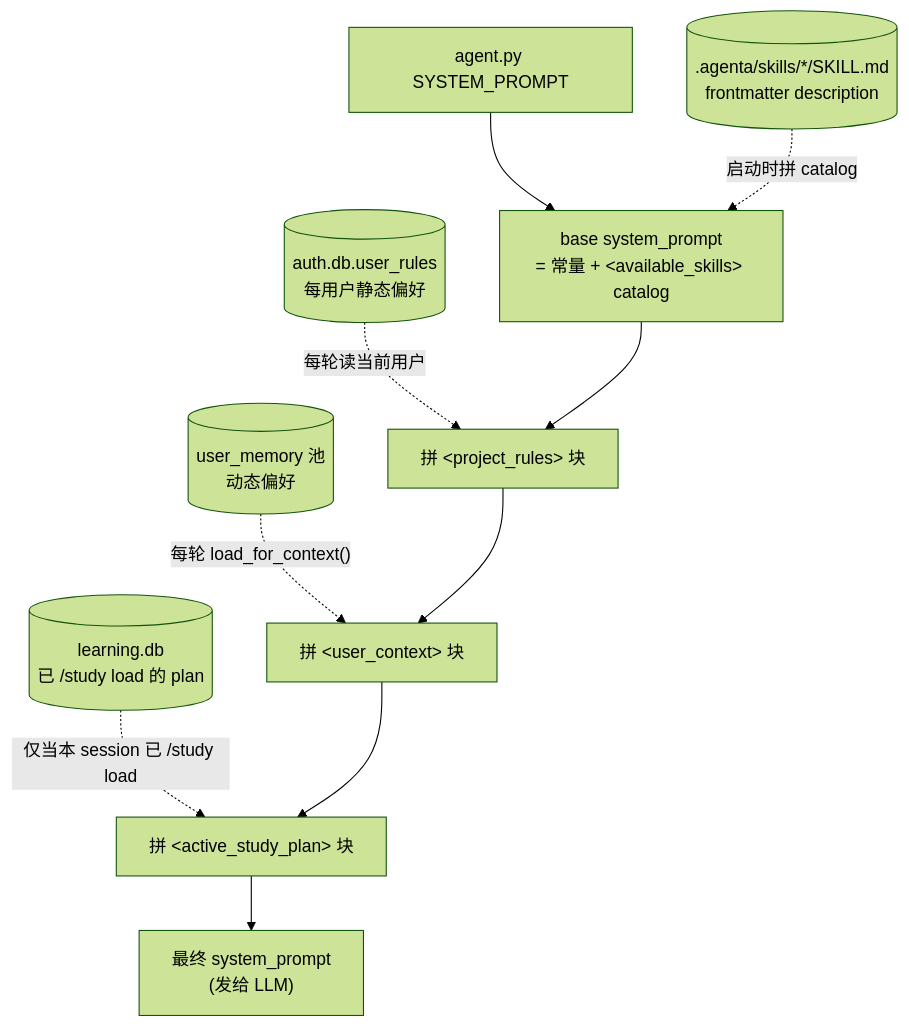
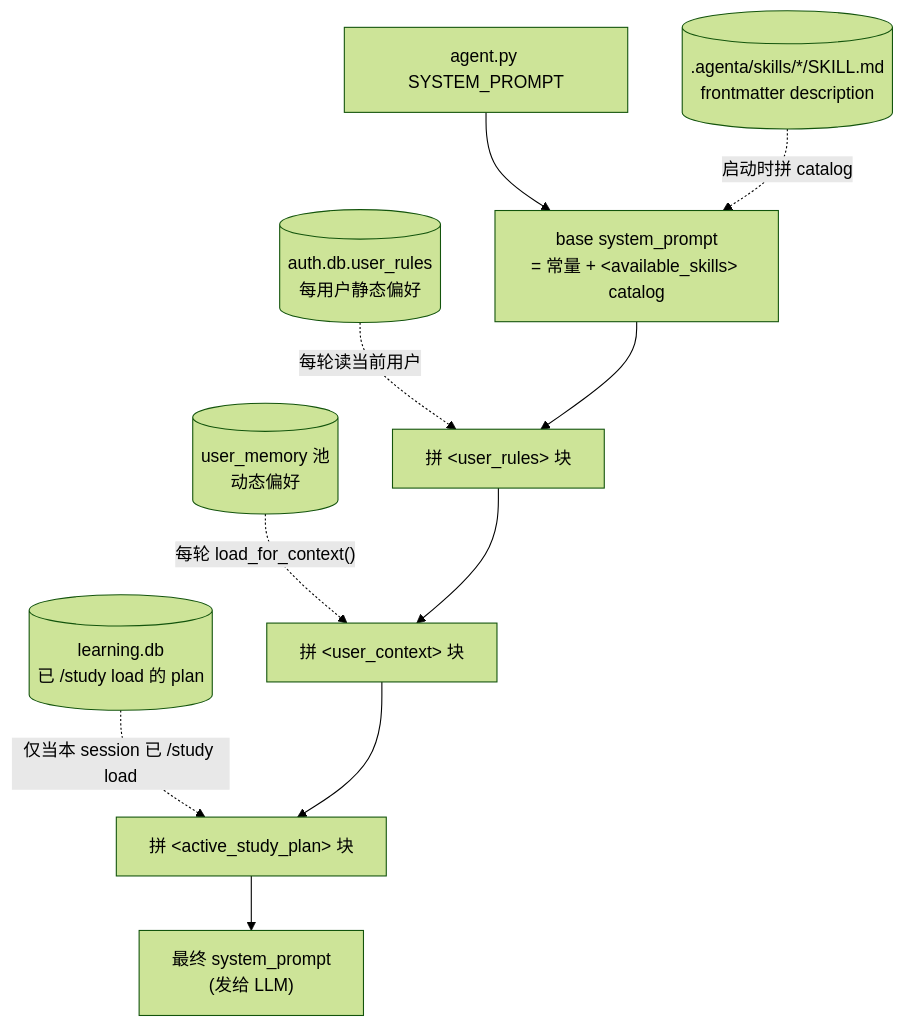
Diagram 13 of 28 in docs/design.md (michaelwangzhenan/AgentA), drawn with Mermaid (forest theme) before and after one commit. The commit also changed other lines of this file and 23 other files, not shown here.

Commit message:
iter_12: Rules 重命名对齐（规则/<project_rules> 统一为 Rules/<user_rules>，UI 与文档同步）+ 放宽注入文案 + 加回 rules 长度上限

````diff
--- a/docs/design.md
+++ b/docs/design.md
@@ -551,16 +551,16 @@
 ```mermaid
 flowchart TD
     SYS["agent.py SYSTEM_PROMPT"]
     SKILLS[(".agenta/skills/*/SKILL.md<br/>frontmatter description")]
     RULES[("auth.db.user_rules<br/>每用户静态偏好")]
     MEM[("user_memory 池<br/>动态偏好")]
     LP[("learning.db<br/>已 /study load 的 plan")]
 
     SYS --> BASE["base system_prompt<br/>= 常量 + &lt;available_skills&gt; catalog"]
     SKILLS -.->|"启动时拼 catalog"| BASE
-    RULES -.->|"每轮读当前用户"| R["拼 &lt;project_rules&gt; 块"]
+    RULES -.->|"每轮读当前用户"| R["拼 &lt;user_rules&gt; 块"]
     MEM -.->|"每轮 load_for_context()"| C["拼 &lt;user_context&gt; 块"]
     LP -.->|"仅当本 session 已 /study load"| P["拼 &lt;active_study_plan&gt; 块"]
 
     BASE --> R --> C --> P --> OUT["最终 system_prompt<br/>(发给 LLM)"]
 ```
````
